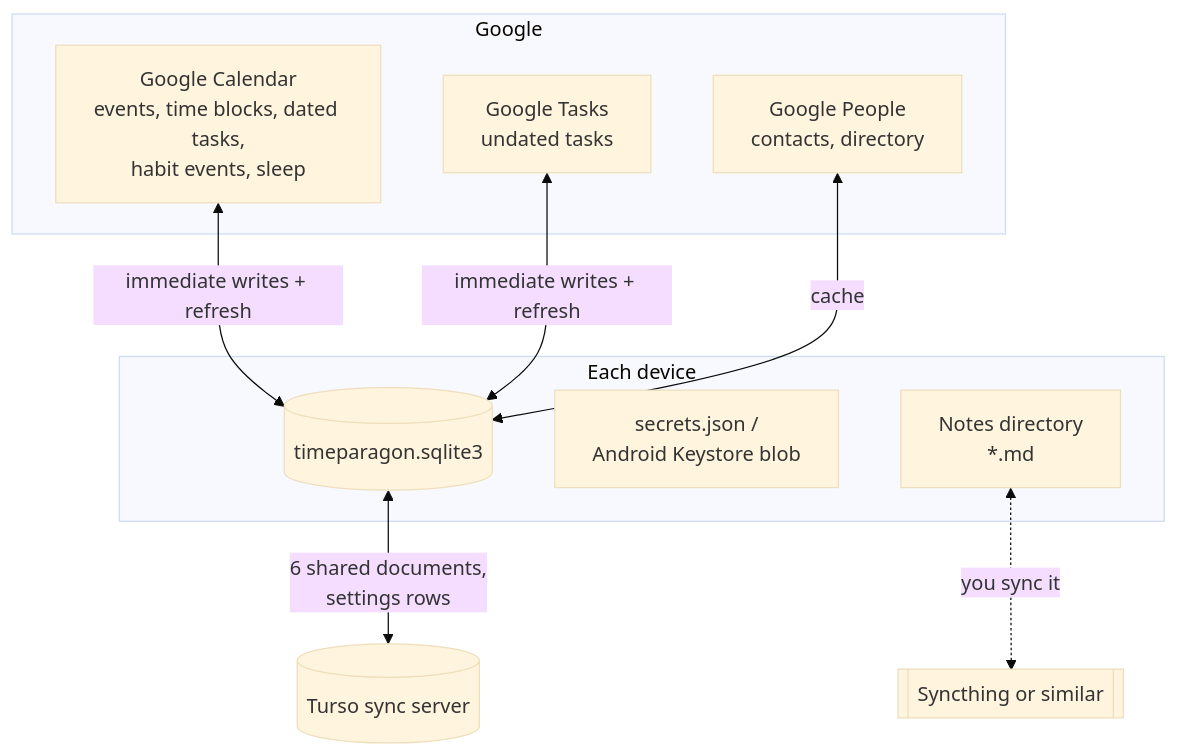
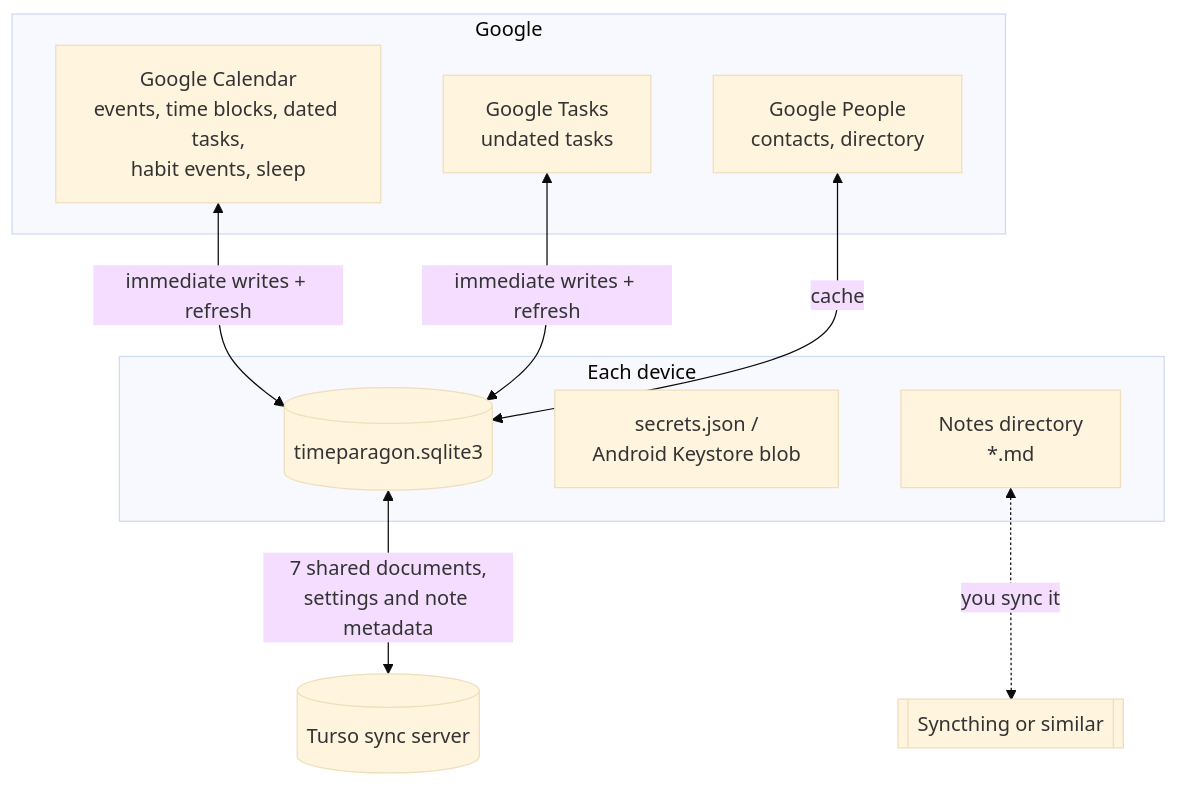
Before and after one commit to hyperupcall-projects/timeparagon: the first of 3 diagrams in docs/data-model.md, drawn with Mermaid (base theme). The commit also changed other lines of this file and 18 other files, not shown here.

````diff
--- a/docs/data-model.md
+++ b/docs/data-model.md
@@ -13,21 +13,21 @@
 ```mermaid
 flowchart TB
     subgraph Google
         GC[Google Calendar<br/>events, time blocks, dated tasks,<br/>habit events, sleep]
         GT[Google Tasks<br/>undated tasks]
         GP[Google People<br/>contacts, directory]
     end
     subgraph Device["Each device"]
         DB[(timeparagon.sqlite3)]
         SEC[secrets.json /<br/>Android Keystore blob]
         NOTES[Notes directory<br/>*.md]
     end
     TURSO[(Turso sync server)]
     SYNCTHING[[Syncthing or similar]]
 
     GC <-- "immediate writes + refresh" --> DB
     GT <-- "immediate writes + refresh" --> DB
     GP <-- "cache" --> DB
-    DB <-- "6 shared documents,<br/>settings rows" --> TURSO
+    DB <-- "7 shared documents,<br/>settings and note metadata" --> TURSO
     NOTES <-. "you sync it" .-> SYNCTHING
 ```
````
